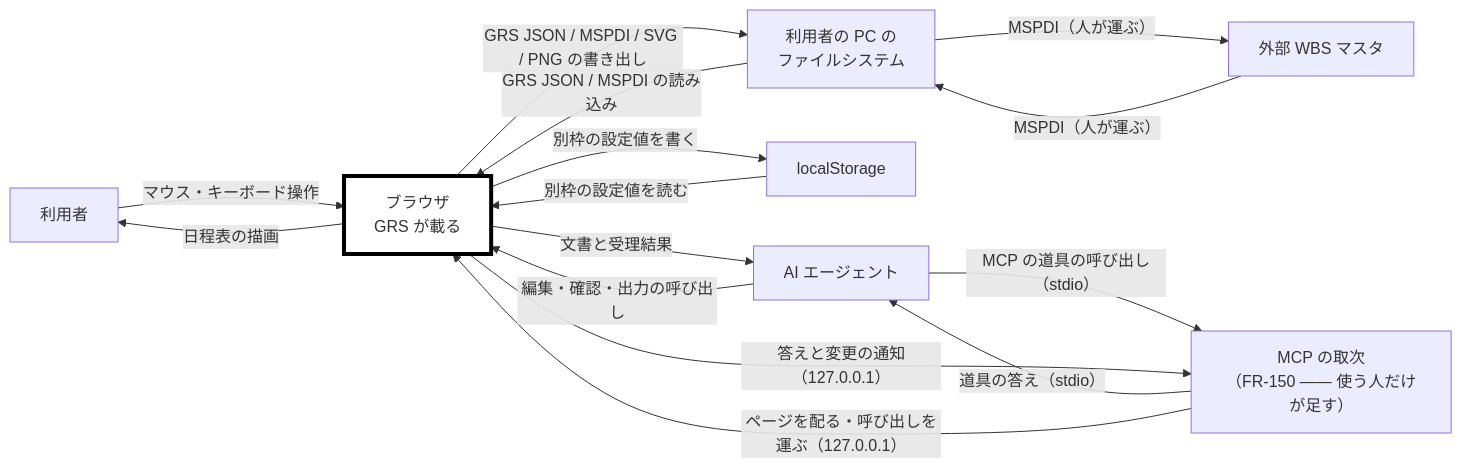
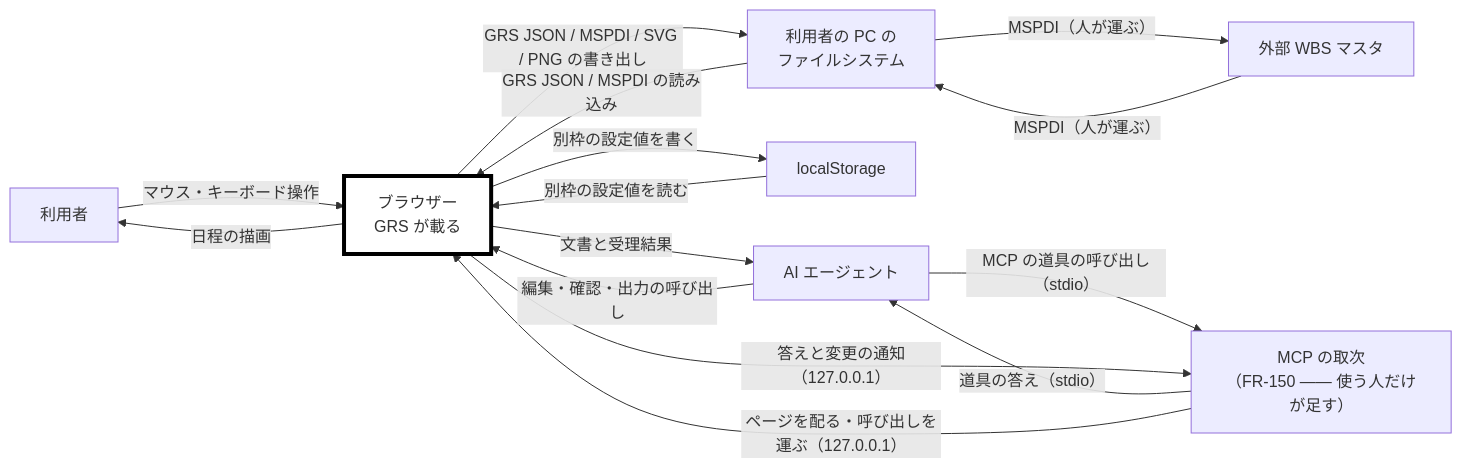
Before and after one commit to GoodRelax/gr-scheduler: the diagram in docs/spec/spec-ch1-3.md, drawn with Mermaid. The commit also changed other lines of this file and 443 other files, not shown here.

````diff
--- a/docs/spec/spec-ch1-3.md
+++ b/docs/spec/spec-ch1-3.md
@@ -457,19 +457,19 @@
 ```mermaid
 flowchart LR
     User["利用者"] -->|"マウス・キーボード操作"| Browser
-    Browser["ブラウザ<br/>GRS が載る"]:::target -->|"日程表の描画"| User
+    Browser["ブラウザー<br/>GRS が載る"]:::target -->|"日程の描画"| User
     Browser -->|"GRS JSON / MSPDI / SVG / PNG の書き出し"| Fs
     Fs["利用者の PC の<br/>ファイルシステム"] -->|"GRS JSON / MSPDI の読み込み"| Browser
     Browser -->|"別枠の設定値を書く"| Ls
     Ls["localStorage"] -->|"別枠の設定値を読む"| Browser
     Agent["AI エージェント"] -->|"編集・確認・出力の呼び出し"| Browser
     Browser -->|"文書と受理結果"| Agent
     Agent -->|"MCP の道具の呼び出し（stdio）"| Relay
     Relay["MCP の取次<br/>（FR-150 —— 使う人だけが足す）"] -->|"道具の答え（stdio）"| Agent
     Relay -->|"ページを配る・呼び出しを運ぶ（127.0.0.1）"| Browser
     Browser -->|"答えと変更の通知（127.0.0.1）"| Relay
     Wbs["外部 WBS マスタ"] -->|"MSPDI（人が運ぶ）"| Fs
     Fs -->|"MSPDI（人が運ぶ）"| Wbs
 
     classDef target fill:#FFFFFF,stroke:#000,stroke-width:4px
 ```
````
